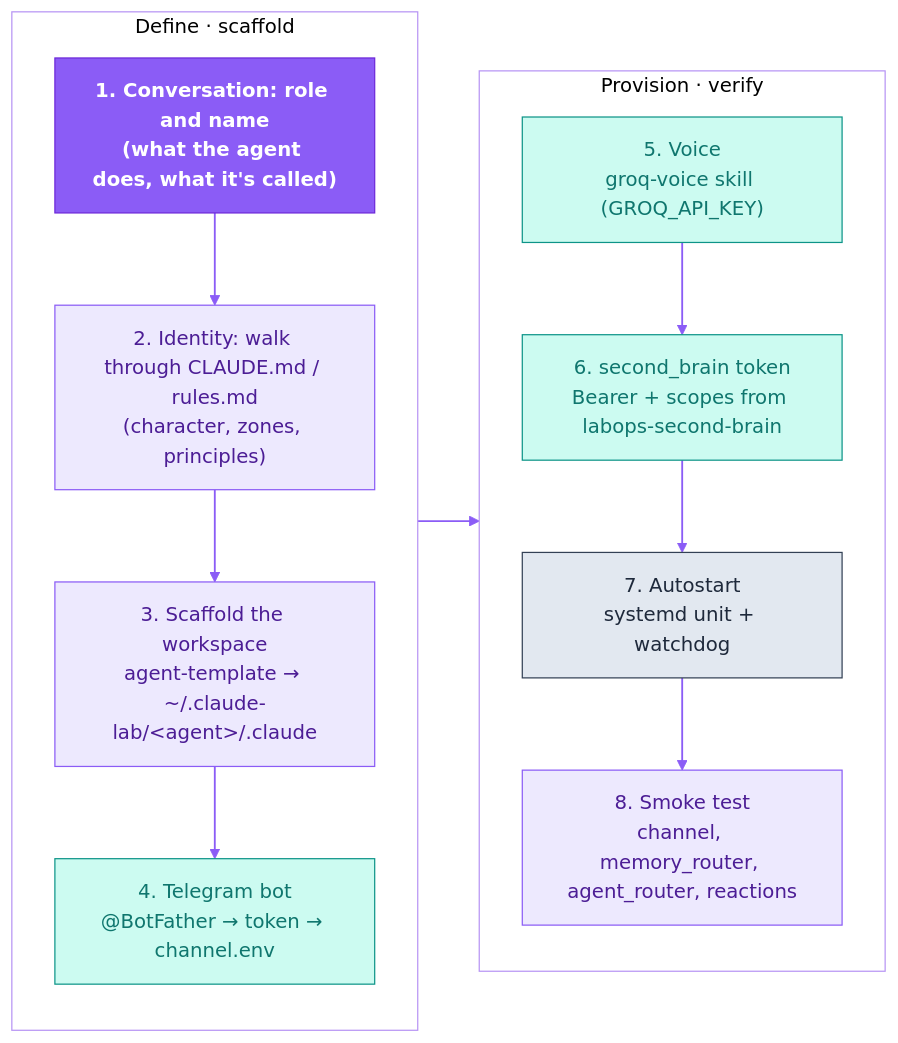
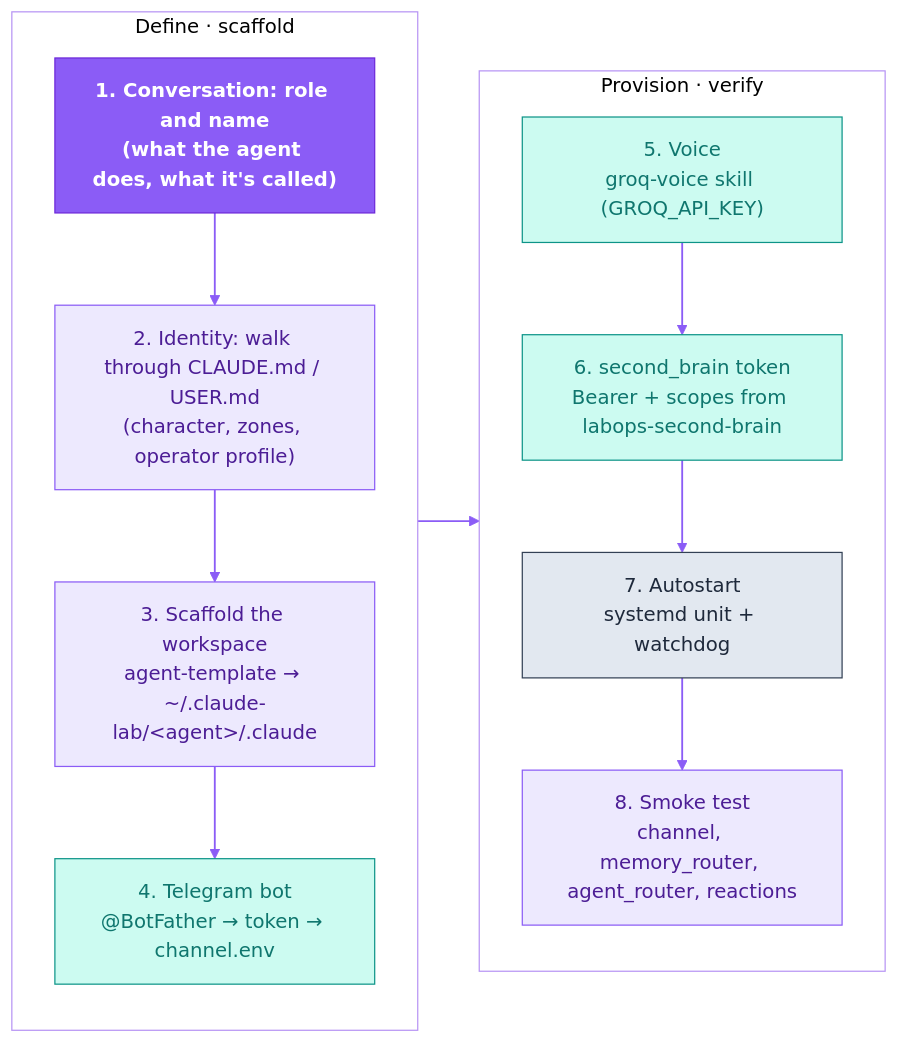
One commit to dediukhinpa/labops-ai-assistant changed the fourth of 4 diagrams in agent-architecture/README.md. Above: the diagram before and after it, drawn with Mermaid. The commit also changed other lines of this file and 31 other files, not shown here.

````diff
--- a/agent-architecture/README.md
+++ b/agent-architecture/README.md
@@ -295,29 +295,29 @@
 ```mermaid
 %%{init: {'theme':'base','themeVariables':{'primaryColor':'#EDE9FE','primaryTextColor':'#4C1D95','primaryBorderColor':'#8B5CF6','lineColor':'#8B5CF6','secondaryColor':'#F1F5F9','tertiaryColor':'#ffffff','clusterBkg':'transparent','clusterBorder':'#B794F4','fontFamily':'Helvetica,Arial,sans-serif'}}}%%
 flowchart LR
   subgraph c1["Define · scaffold"]
     direction TB
     S1["1. Conversation: role and name<br/>(what the agent does, what it's called)"]
-    S2["2. Identity: walk through CLAUDE.md / rules.md<br/>(character, zones, principles)"]
+    S2["2. Identity: walk through CLAUDE.md / USER.md<br/>(character, zones, operator profile)"]
     S3["3. Scaffold the workspace<br/>agent-template → ~/.claude-lab/&lt;agent&gt;/.claude"]
     S4["4. Telegram bot<br/>@BotFather → token → channel.env"]
     S1 --> S2 --> S3 --> S4
   end
   subgraph c2["Provision · verify"]
     direction TB
     S5["5. Voice<br/>groq-voice skill (GROQ_API_KEY)"]
     S6["6. second_brain token<br/>Bearer + scopes from labops-second-brain"]
     S7["7. Autostart<br/>systemd unit + watchdog"]
     S8["8. Smoke test<br/>channel, memory_router, agent_router, reactions"]
     S5 --> S6 --> S7 --> S8
   end
   S4 --> S5
   classDef brand fill:#8B5CF6,stroke:#6D28D9,color:#ffffff,font-weight:bold
   classDef ext fill:#CCFBF1,stroke:#0D9488,color:#0F766E
   classDef store fill:#FEF3C7,stroke:#D97706,color:#92400E
   classDef sys fill:#E2E8F0,stroke:#334155,color:#1E293B
   linkStyle default stroke:#8B5CF6,stroke-width:1.5px
   class S1 brand
   class S4,S5,S6 ext
   class S7 sys
 ```
````
